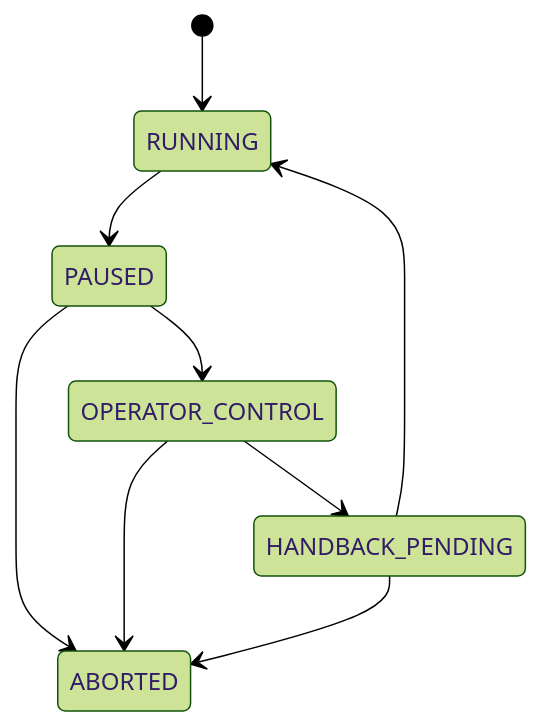
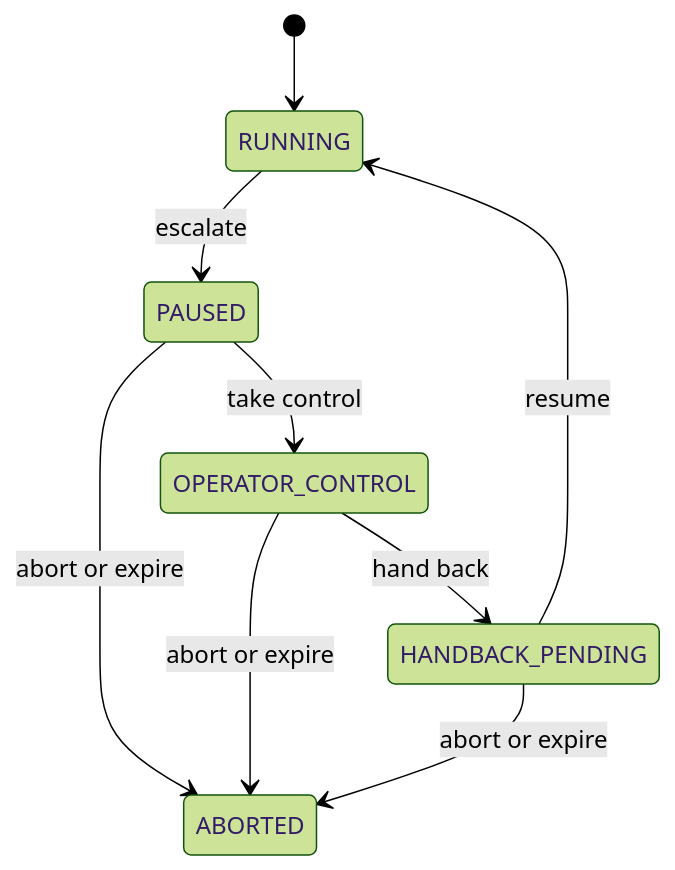
One commit to AryanAjmera18/interface.ai changed the fourth of 4 diagrams in README.md. Above: the diagram before and after it, drawn with Mermaid (forest theme). The commit also changed other lines of this file and 9 other files, not shown here.

````diff
--- a/README.md
+++ b/README.md
@@ -72,11 +82,11 @@
 ```mermaid
 stateDiagram-v2
   [*] --> RUNNING
-  RUNNING --> PAUSED
-  PAUSED --> OPERATOR_CONTROL
-  OPERATOR_CONTROL --> HANDBACK_PENDING
-  HANDBACK_PENDING --> RUNNING
-  PAUSED --> ABORTED
-  OPERATOR_CONTROL --> ABORTED
-  HANDBACK_PENDING --> ABORTED
+  RUNNING --> PAUSED: escalate
+  PAUSED --> OPERATOR_CONTROL: take control
+  OPERATOR_CONTROL --> HANDBACK_PENDING: hand back
+  HANDBACK_PENDING --> RUNNING: resume
+  PAUSED --> ABORTED: abort or expire
+  OPERATOR_CONTROL --> ABORTED: abort or expire
+  HANDBACK_PENDING --> ABORTED: abort or expire
 ```
````
